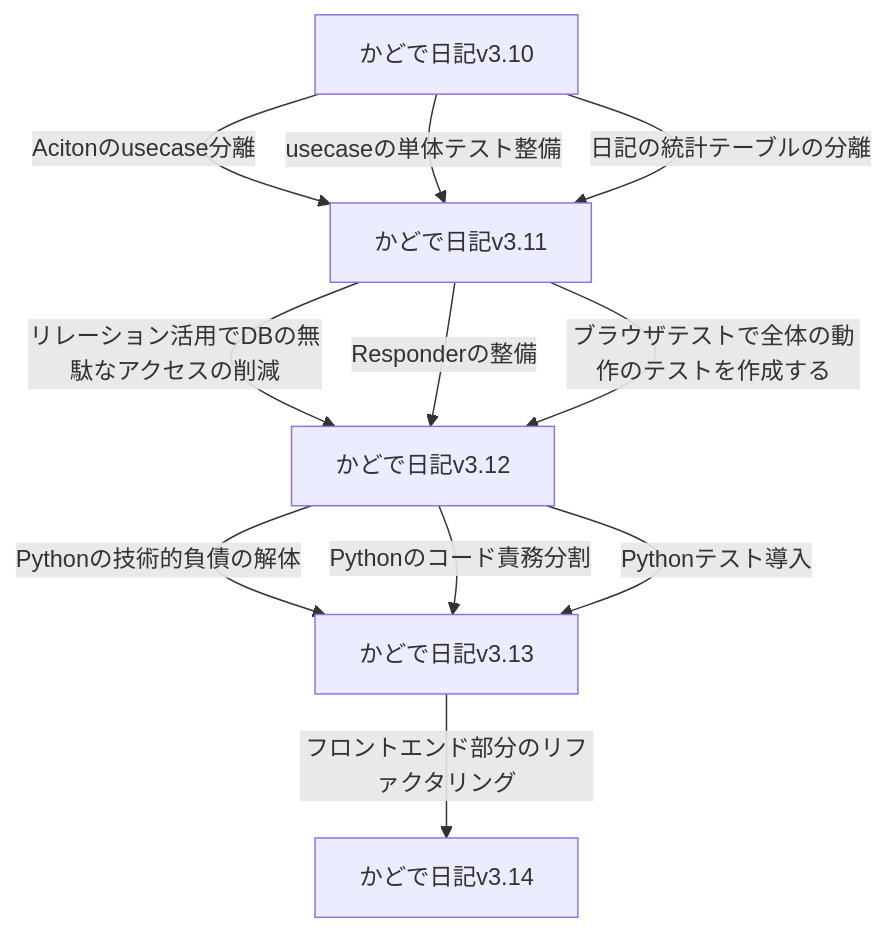
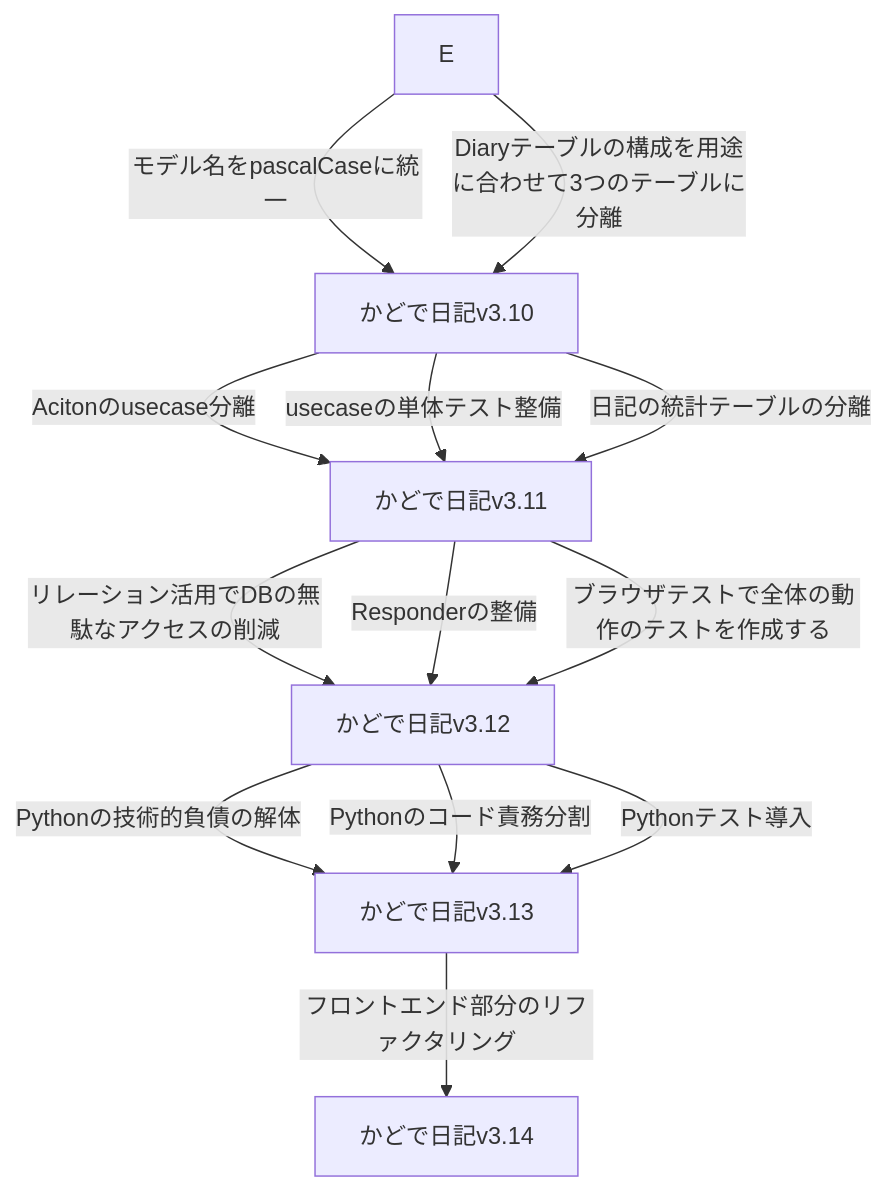
One commit to KadodeProject/kadode_nikki3 changed the diagram in README.md. Above: the diagram before and after it, drawn with Mermaid. The commit also changed 10 other files, not shown here.

````diff
--- a/README.md
+++ b/README.md
@@ -63,13 +63,15 @@
 ```mermaid
 flowchart TD
     E_F[かどで日記v3.10]-->|Acitonのusecase分離|E_FF[かどで日記v3.11]
     E_F-->|usecaseの単体テスト整備|E_FF
     E_F-->|日記の統計テーブルの分離|E_FF
+    E-->|モデル名をpascalCaseに統一|E_F
+    E-->|Diaryテーブルの構成を用途に合わせて3つのテーブルに分離|E_F
     E_FF-->|リレーション活用でDBの無駄なアクセスの削減|F[かどで日記v3.12]
     E_FF-->|Responderの整備|F
     E_FF-->|ブラウザテストで全体の動作のテストを作成する|F
     F-->|Pythonの技術的負債の解体|G[かどで日記v3.13]
     F-->|Pythonのコード責務分割|G
     F-->|Pythonテスト導入|G
     G-->|フロントエンド部分のリファクタリング|H[かどで日記v3.14]
 ```
````
